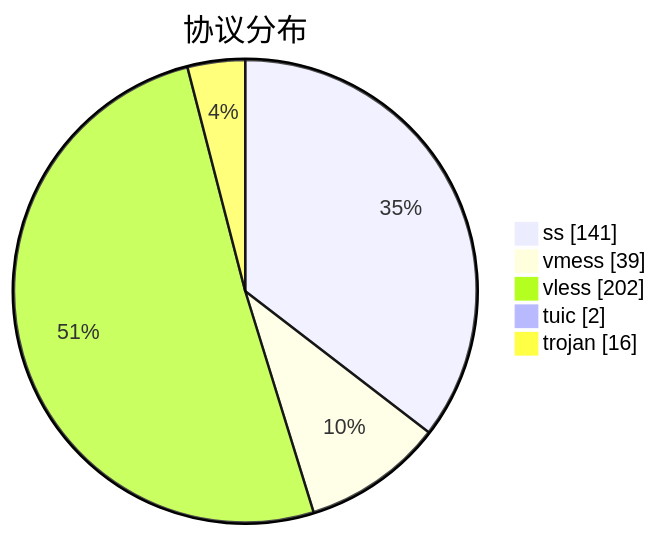
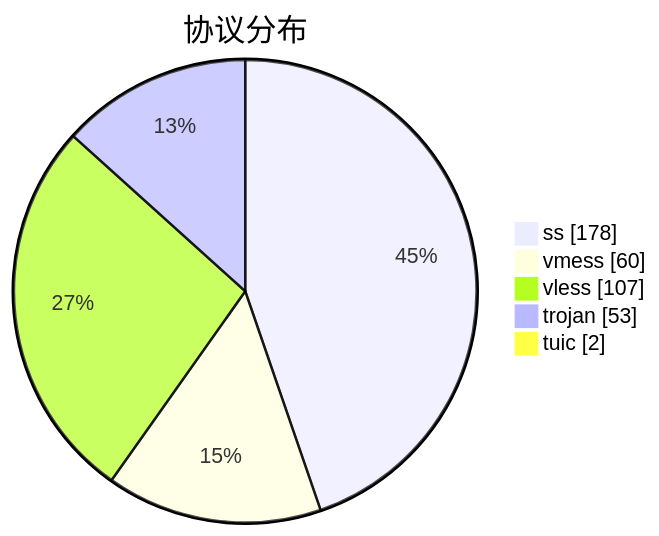
The third of 3 diagrams in subs/statistics/tested_within.md (qjlxg/airport), drawn with Mermaid before and after one commit. The commit also changed other lines of this file and 2 other files, not shown here.

````diff
--- a/subs/statistics/tested_within.md
+++ b/subs/statistics/tested_within.md
@@ -34,9 +35,9 @@
 ```mermaid
 pie showData
 title 协议分布
-"ss" : 141
-"vmess" : 39
-"vless" : 202
+"ss" : 178
+"vmess" : 60
+"vless" : 107
+"trojan" : 53
 "tuic" : 2
-"trojan" : 16
 ```
````
